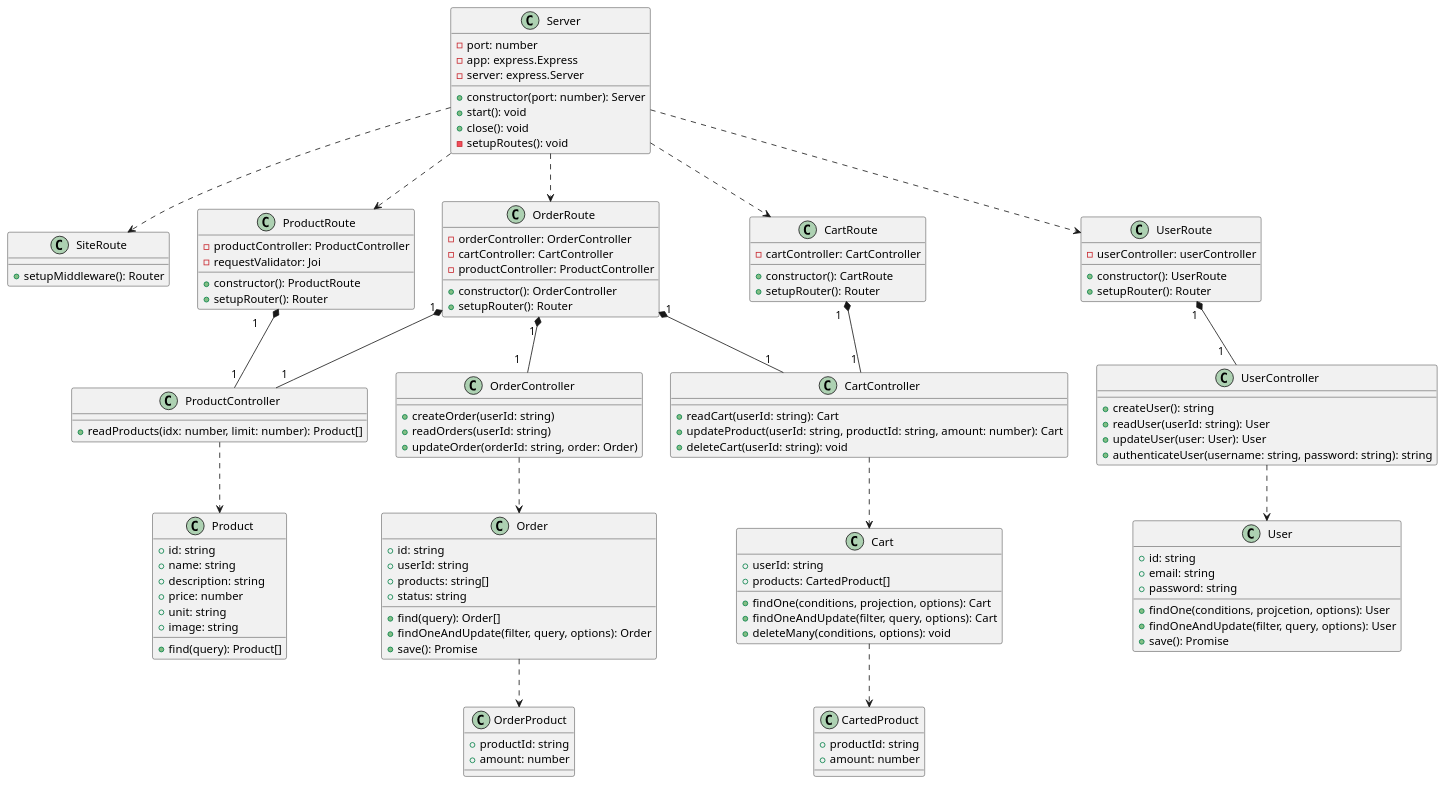
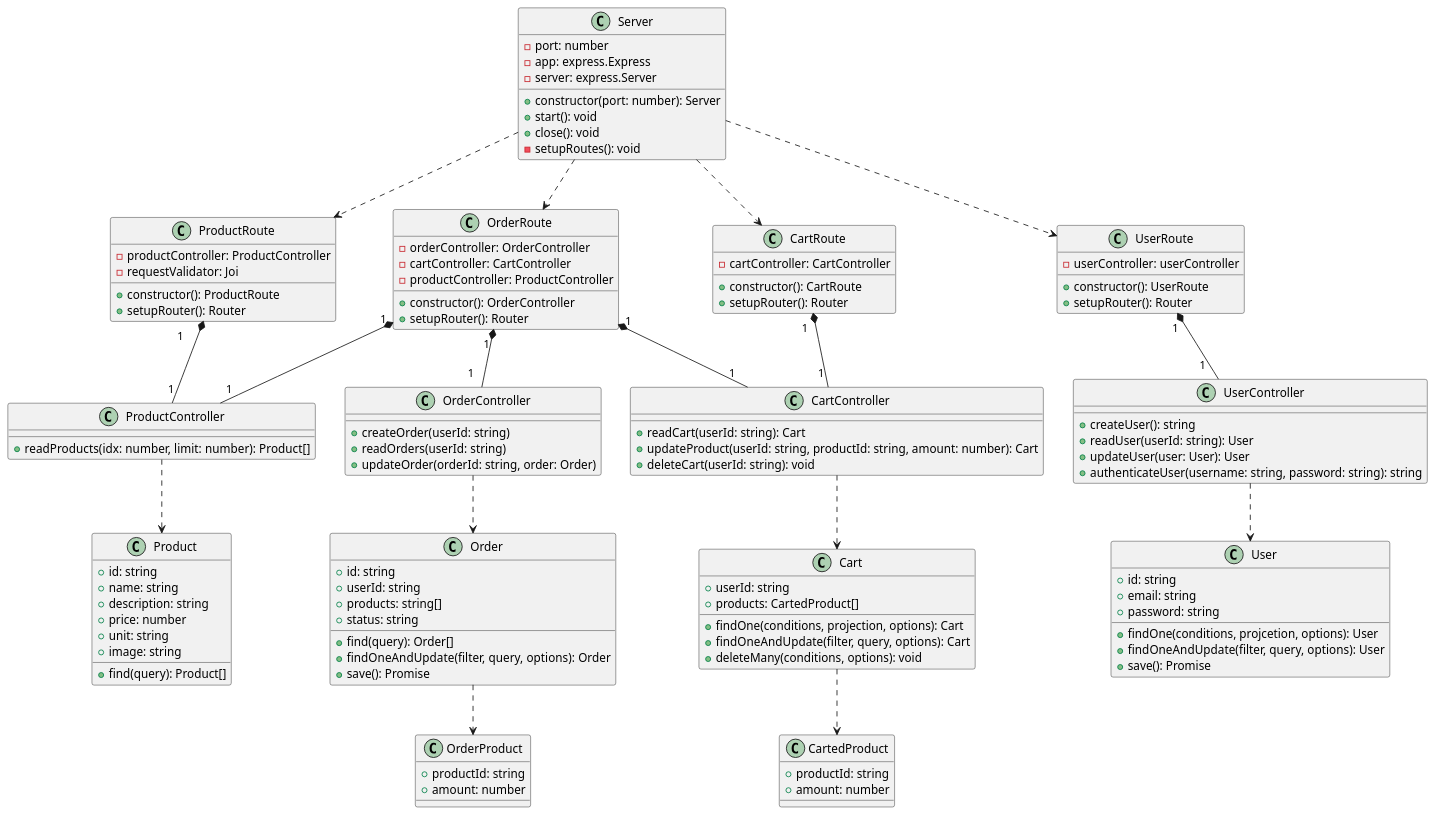
Before and after one commit to sofush/grontsag: the diagram in diagram/class-diagram.puml, drawn with PlantUML.

Commit message:
docs: remove unused SiteRoute

```diff
--- a/diagram/class-diagram.puml
+++ b/diagram/class-diagram.puml
@@ -1,133 +1,129 @@
 @startuml class diagram
 scale 1920*1080
 
 ' Classes
 class Server {
   - port: number
   - app: express.Express
   - server: express.Server
   + constructor(port: number): Server
   + start(): void
   + close(): void
   - setupRoutes(): void
-}
-class SiteRoute {
-  + setupMiddleware(): Router
 }
 
 ' Classes - Product
 class ProductRoute {
   - productController: ProductController
   - requestValidator: Joi
   + constructor(): ProductRoute
   + setupRouter(): Router
 }
 class ProductController {
   + readProducts(idx: number, limit: number): Product[]
 }
 class Product {
   + id: string
   + name: string
   + description: string
   + price: number
   + unit: string
   + image: string
   + find(query): Product[]
 }
 
 ' Classes - Cart
 class CartRoute {
   - cartController: CartController
   + constructor(): CartRoute
   + setupRouter(): Router
 }
 class CartController {
   + readCart(userId: string): Cart
   + updateProduct(userId: string, productId: string, amount: number): Cart
   + deleteCart(userId: string): void
 }
 class Cart {
   + userId: string
   + products: CartedProduct[]
   + findOne(conditions, projection, options): Cart
   + findOneAndUpdate(filter, query, options): Cart
   + deleteMany(conditions, options): void
 }
 class CartedProduct {
   + productId: string
   + amount: number
 }
 
 ' Classes - User
 class UserRoute {
   - userController: userController
   + constructor(): UserRoute
   + setupRouter(): Router
 }
 class UserController {
   + createUser(): string
   + readUser(userId: string): User
   + updateUser(user: User): User
   + authenticateUser(username: string, password: string): string
 }
 class User {
   + id: string
   + email: string
   + password: string
   + findOne(conditions, projcetion, options): User
   + findOneAndUpdate(filter, query, options): User
   + save(): Promise
 }
 
 ' Clases - Order
 class OrderRoute {
   - orderController: OrderController
   - cartController: CartController
   - productController: ProductController
   + constructor(): OrderController
   + setupRouter(): Router
 }
 class OrderController {
   + createOrder(userId: string)
   + readOrders(userId: string)
   + updateOrder(orderId: string, order: Order)
 }
 class Order {
   + id: string
   + userId: string
   + products: string[]
   + status: string
   + find(query): Order[]
   + findOneAndUpdate(filter, query, options): Order
   + save(): Promise
 }
 class OrderProduct {
   + productId: string
   + amount: number
 }
 
 ' Relationships from Server to routes
 Server ..> ProductRoute
 Server ..> CartRoute
-Server ..> SiteRoute
 Server ..> UserRoute
 Server ..> OrderRoute
 
 ' Relationships from routes to controllers
 ProductRoute "1\t" *-- "1" ProductController
 CartRoute "1  " *-- "1 " CartController
 UserRoute "1 " *-- "1   " UserController
 OrderRoute "1 " *-- "1   " OrderController
 OrderRoute "1" *-- "1" CartController
 OrderRoute "1" *-- "1" ProductController
 
 ' Relationships from controllers to models
 ProductController ..> Product
 CartController ..> Cart
 UserController ..> User
 OrderController ..> Order
 
 ' Relationships between models
 Cart ..> CartedProduct
 Order ..> OrderProduct
 @enduml
```
